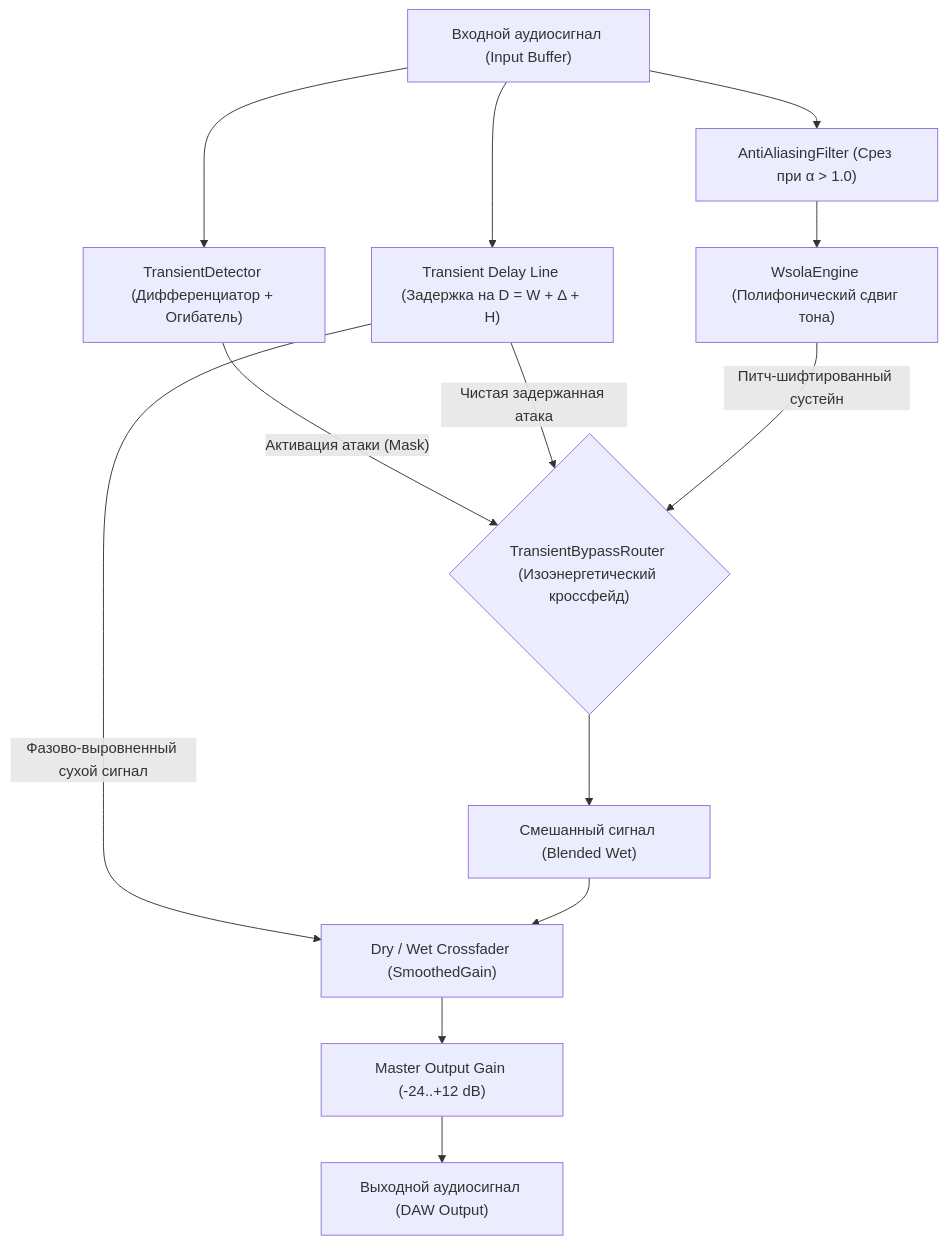
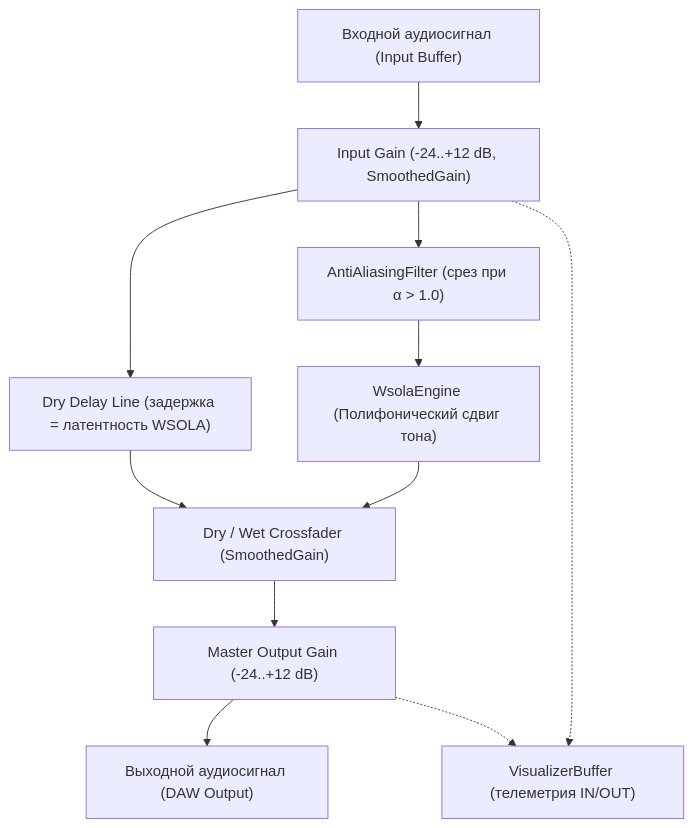
The first of 2 diagrams in docs/ARCHITECTURE.md (iPlaySkill/poly-pitch-shifter), drawn with Mermaid before and after one commit. The commit also changed other lines of this file and 5 other files, not shown here.

Commit message:
docs: update algorithm and architecture specs

````diff
--- a/docs/ARCHITECTURE.md
+++ b/docs/ARCHITECTURE.md
@@ -32,17 +48,13 @@
 ```mermaid
 graph TD
-    IN["Входной аудиосигнал (Input Buffer)"] --> DET["TransientDetector (Дифференциатор + Огибатель)"]
-    IN --> DELAY["Transient Delay Line (Задержка на D = W + Δ + H)"]
-    IN --> AAF["AntiAliasingFilter (Срез при α > 1.0)"]
+    IN["Входной аудиосигнал (Input Buffer)"] --> IGAIN["Input Gain (-24..+12 dB, SmoothedGain)"]
+    IGAIN --> DELAY["Dry Delay Line (задержка = латентность WSOLA)"]
+    IGAIN --> AAF["AntiAliasingFilter (срез при α > 1.0)"]
     AAF --> WSOLA["WsolaEngine (Полифонический сдвиг тона)"]
-    
-    DET -->|"Активация атаки (Mask)"| ROUTER{"TransientBypassRouter (Изоэнергетический кроссфейд)"}
-    DELAY -->|"Чистая задержанная атака"| ROUTER
-    WSOLA -->|"Питч-шифтированный сустейн"| ROUTER
-    
-    ROUTER --> BLEND["Смешанный сигнал (Blended Wet)"]
-    DELAY -->|"Фазово-выровненный сухой сигнал"| MIX["Dry / Wet Crossfader (SmoothedGain)"]
-    BLEND --> MIX
+    DELAY --> MIX["Dry / Wet Crossfader (SmoothedGain)"]
+    WSOLA --> MIX
     MIX --> GAIN["Master Output Gain (-24..+12 dB)"]
     GAIN --> OUT["Выходной аудиосигнал (DAW Output)"]
+    IGAIN -.-> TEL["VisualizerBuffer (телеметрия IN/OUT)"]
+    GAIN -.-> TEL
 ```
````
